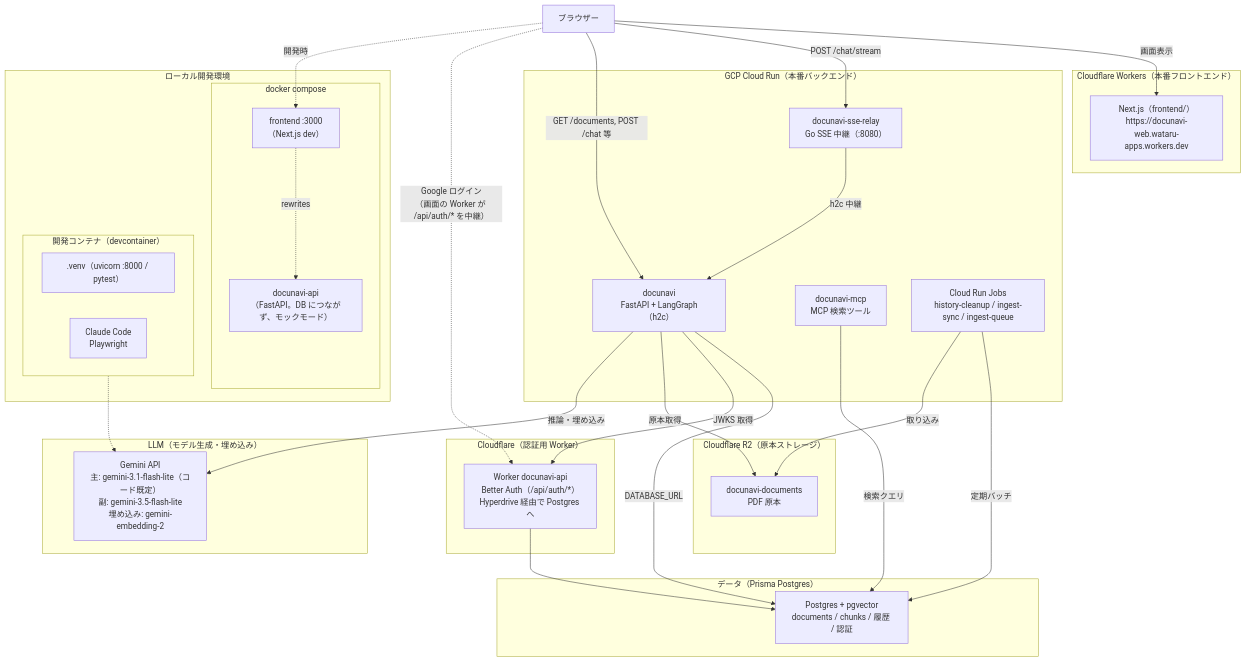
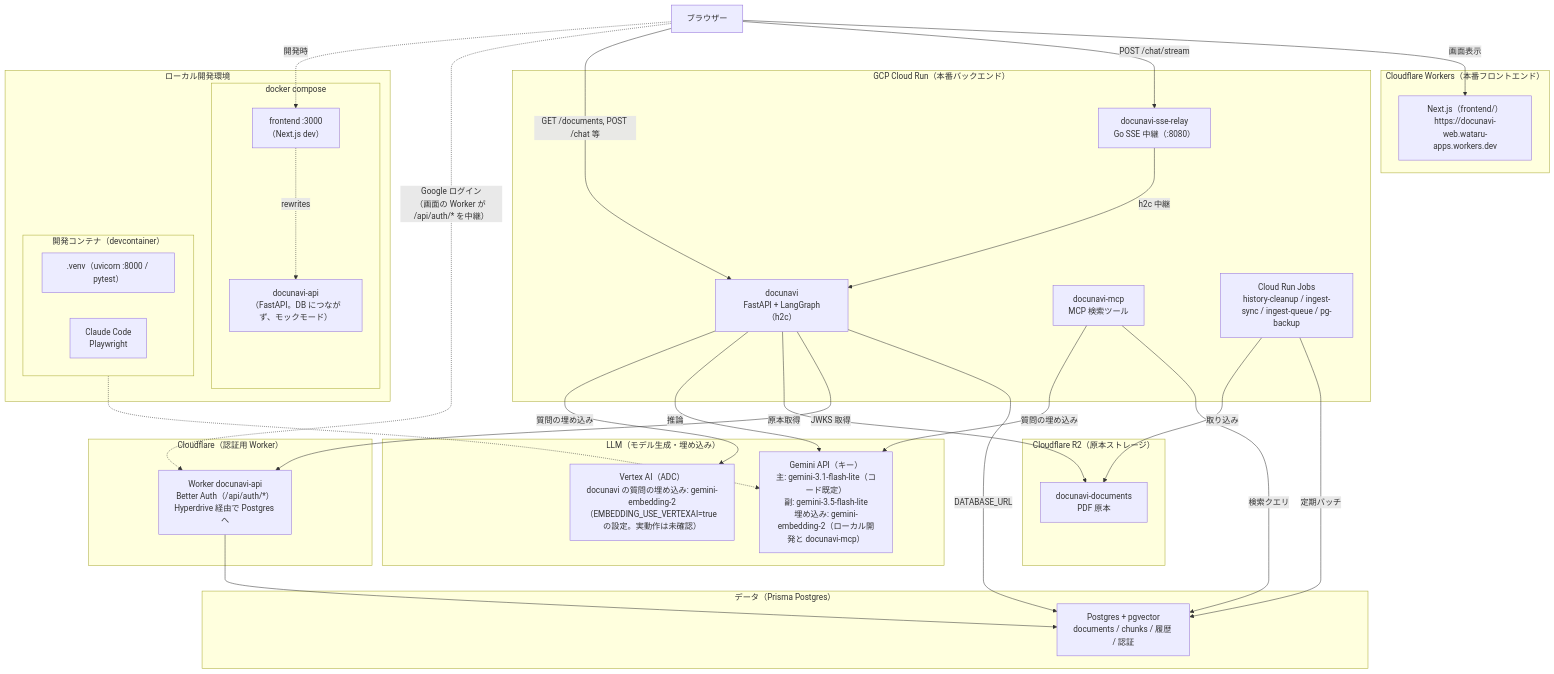
Before and after one commit to Starlight-Tree/DocuNavi: the second of 4 diagrams in docs/architecture.md, drawn with Mermaid. The commit also changed other lines of this file and 3 other files, not shown here.

First line of the commit message:
docs(reference): sync API, features, configuration and architecture

````diff
--- a/docs/architecture.md
+++ b/docs/architecture.md
@@ -75,64 +86,67 @@
 ```mermaid
 flowchart TB
     browser["ブラウザー"]
 
     subgraph cfweb["Cloudflare Workers（本番フロントエンド）"]
         frontend["Next.js（frontend/）<br/>https://docunavi-web.wataru-apps.workers.dev"]
     end
 
     subgraph gcp["GCP Cloud Run（本番バックエンド）"]
         sserelay["docunavi-sse-relay<br/>Go SSE 中継（:8080）"]
         api_prod["docunavi<br/>FastAPI + LangGraph（h2c）"]
         mcp["docunavi-mcp<br/>MCP 検索ツール"]
-        jobs["Cloud Run Jobs<br/>history-cleanup / ingest-sync / ingest-queue"]
+        jobs["Cloud Run Jobs<br/>history-cleanup / ingest-sync / ingest-queue / pg-backup"]
     end
 
     subgraph host["ローカル開発環境"]
         subgraph compose["docker compose"]
             c_front["frontend :3000<br/>（Next.js dev）"]
             c_api["docunavi-api<br/>（FastAPI。DB につながず、モックモード）"]
         end
         subgraph devc["開発コンテナ（devcontainer）"]
             venv[".venv（uvicorn :8000 / pytest）"]
             dev_tools["Claude Code<br/>Playwright"]
         end
     end
 
     subgraph cfauth["Cloudflare（認証用 Worker）"]
         authworker["Worker docunavi-api<br/>Better Auth（/api/auth/*）<br/>Hyperdrive 経由で Postgres へ"]
     end
 
     subgraph data["データ（Prisma Postgres）"]
         pg["Postgres + pgvector<br/>documents / chunks / 履歴 / 認証"]
     end
 
     subgraph cloudflare["Cloudflare R2（原本ストレージ）"]
         r2["docunavi-documents<br/>PDF 原本"]
     end
 
     subgraph llm["LLM（モデル生成・埋め込み）"]
-        gemini["Gemini API<br/>主: gemini-3.1-flash-lite（コード既定）<br/>副: gemini-3.5-flash-lite<br/>埋め込み: gemini-embedding-2"]
+        gemini["Gemini API（キー）<br/>主: gemini-3.1-flash-lite（コード既定）<br/>副: gemini-3.5-flash-lite<br/>埋め込み: gemini-embedding-2（ローカル開発と docunavi-mcp）"]
+        vertex["Vertex AI（ADC）<br/>docunavi の質問の埋め込み: gemini-embedding-2<br/>（EMBEDDING_USE_VERTEXAI=true の設定。実動作は未確認）"]
     end
 
     %% 本番の通信経路
     browser -->|画面表示| frontend
     browser -->|POST /chat/stream| sserelay
     sserelay -->|h2c 中継| api_prod
     browser -->|GET /documents, POST /chat 等| api_prod
     browser -.->|Google ログイン<br/>（画面の Worker が /api/auth/* を中継）| authworker
 
     api_prod -->|DATABASE_URL| pg
     api_prod -->|JWKS 取得| authworker
     api_prod -->|原本取得| r2
-    api_prod -->|推論・埋め込み| gemini
+    api_prod -->|推論| gemini
+    api_prod -->|質問の埋め込み| vertex
 
     authworker --> pg
     mcp -->|検索クエリ| pg
+    mcp -->|質問の埋め込み| gemini
     jobs -->|定期バッチ| pg
     jobs -->|取り込み| r2
 
     %% 開発時の通信経路
     browser -.->|開発時| c_front
     c_front -.->|rewrites| c_api
     devc -.-> gemini
 ```
````
